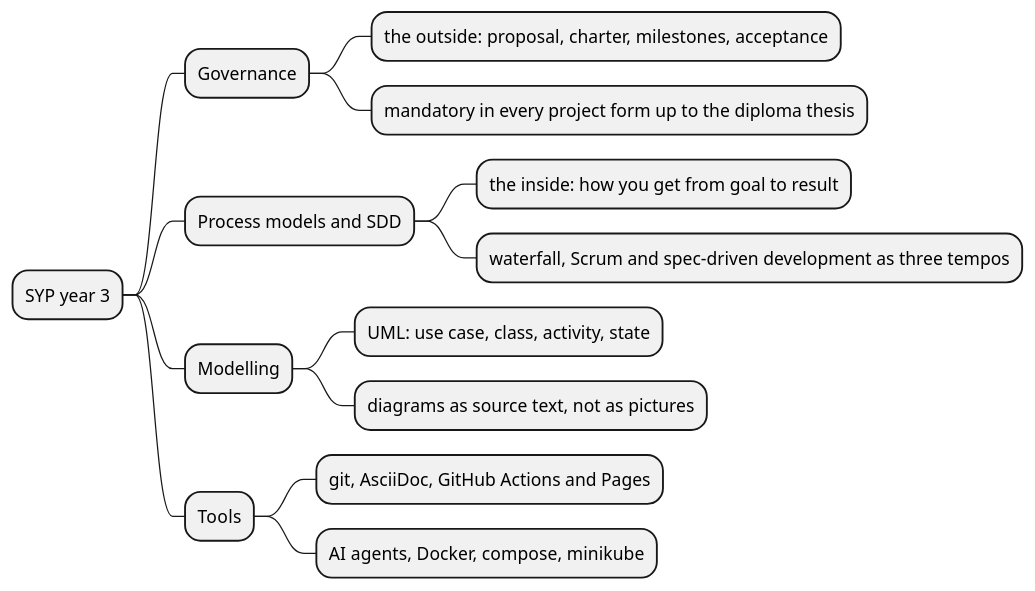
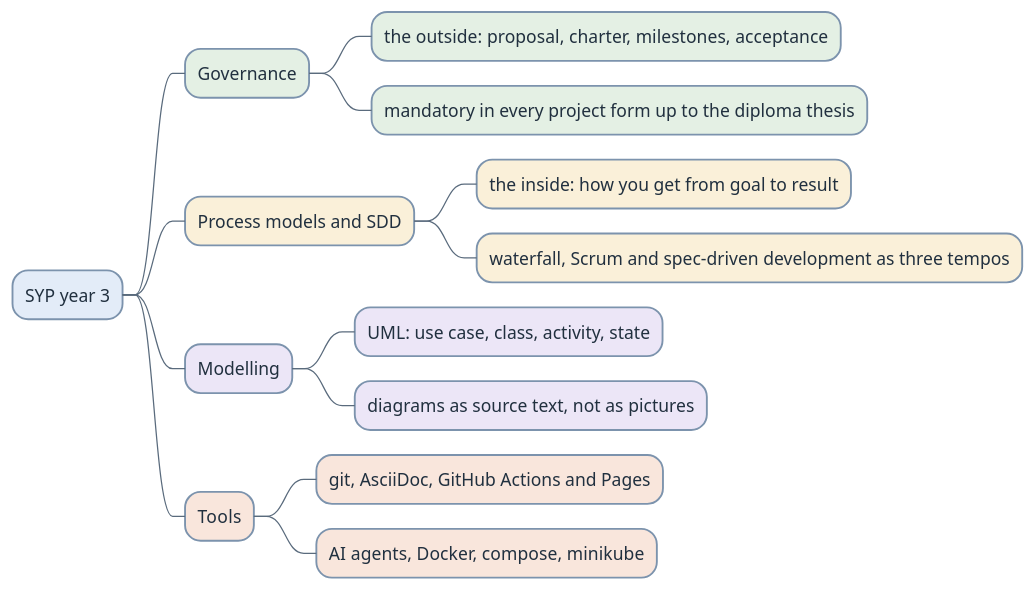
Before and after one commit to htl-leonding-college/curriculum-syp3: the diagram in modules/course-overview/index.adoc, drawn with PlantUML. The commit also changed 65 other files, not shown here.

First line of the commit message:
feat(site): give the diagrams a semantic pastel palette

```diff
--- a/modules/course-overview/index.adoc
+++ b/modules/course-overview/index.adoc
@@ -28,20 +28,23 @@
 [plantuml,course-areas,svg]
 ----
 @startmindmap
-skinparam monochrome true
+<style>
+element { BackgroundColor #EDF3FA; LineColor #7C93AD; FontColor #21303F }
+arrow { LineColor #5A6B7D; FontColor #21303F }
+</style>
 skinparam shadowing false
-* SYP year 3
-** Governance
-*** the outside: proposal, charter, milestones, acceptance
-*** mandatory in every project form up to the diploma thesis
-** Process models and SDD
-*** the inside: how you get from goal to result
-*** waterfall, Scrum and spec-driven development as three tempos
-** Modelling
-*** UML: use case, class, activity, state
-*** diagrams as source text, not as pictures
-** Tools
-*** git, AsciiDoc, GitHub Actions and Pages
-*** AI agents, Docker, compose, minikube
+*[#E3ECF8] SYP year 3
+**[#E4F0E4] Governance
+***[#E4F0E4] the outside: proposal, charter, milestones, acceptance
+***[#E4F0E4] mandatory in every project form up to the diploma thesis
+**[#FAF0D9] Process models and SDD
+***[#FAF0D9] the inside: how you get from goal to result
+***[#FAF0D9] waterfall, Scrum and spec-driven development as three tempos
+**[#ECE6F7] Modelling
+***[#ECE6F7] UML: use case, class, activity, state
+***[#ECE6F7] diagrams as source text, not as pictures
+**[#F9E6DC] Tools
+***[#F9E6DC] git, AsciiDoc, GitHub Actions and Pages
+***[#F9E6DC] AI agents, Docker, compose, minikube
 @endmindmap
 ----
```
